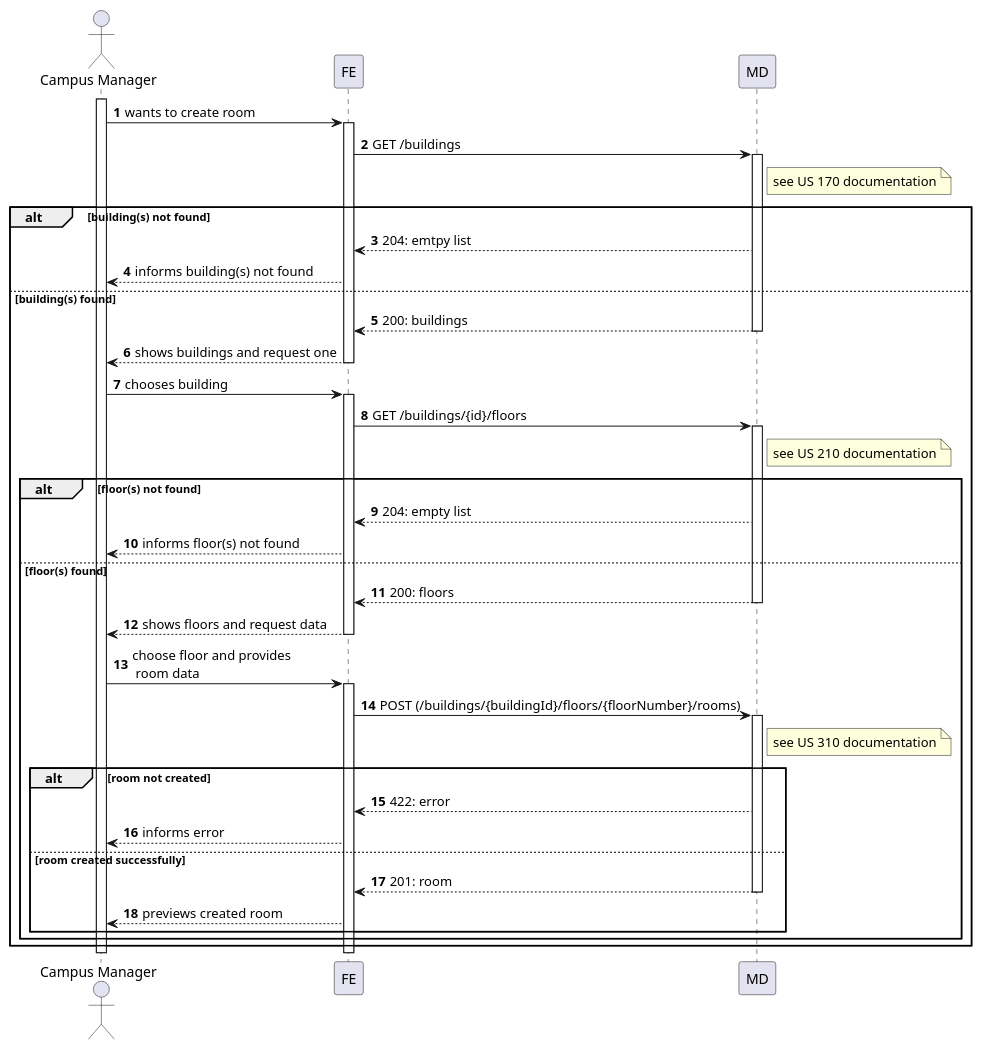
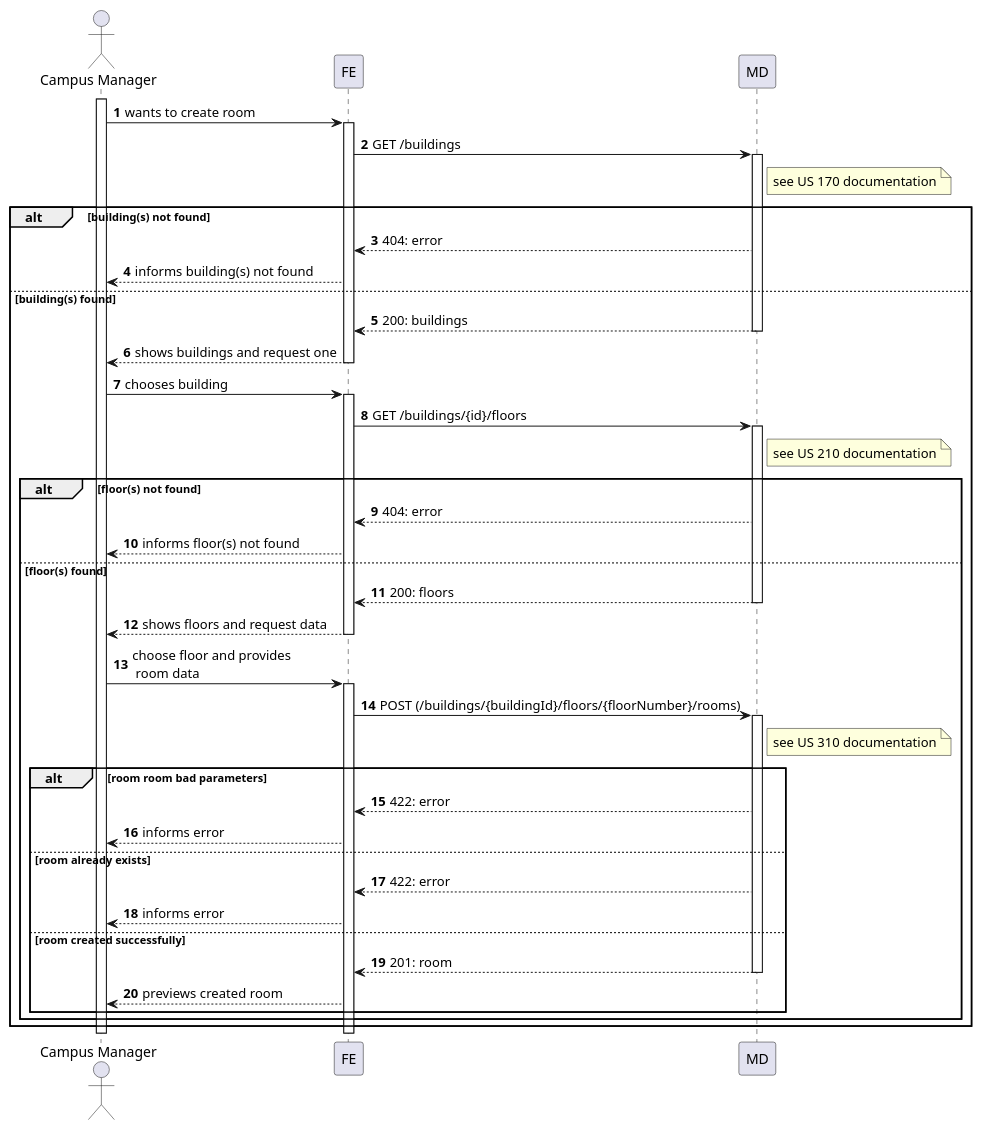
Before and after one commit to Departamento-de-Engenharia-Informatica/lapr5-23-24-g19: the diagram in docs/us1210/level2/process-view.puml, drawn with PlantUML. The commit also changed 4 other files, not shown here.

```diff
--- a/docs/us1210/level2/process-view.puml
+++ b/docs/us1210/level2/process-view.puml
@@ -1,62 +1,65 @@
 @startuml
 autonumber
 
 actor "Campus Manager" as usr
 
 participant "FE" as ui
 participant "MD" as md
 
 activate usr
     usr -> ui : wants to create room
     activate ui
         ui -> md : GET /buildings
         activate md
             note right of md : see US 170 documentation
 
         alt building(s) not found
-            md --> ui: 204: emtpy list
+            md --> ui: 404: error
             ui --> usr: informs building(s) not found
         else building(s) found
             md --> ui : 200: buildings
             deactivate md
 
         ui --> usr : shows buildings and request one
     deactivate ui
 
     usr -> ui : chooses building
     activate ui
         ui -> md : GET /buildings/{id}/floors
         activate md
             note right of md : see US 210 documentation
 
             alt floor(s) not found
-                md --> ui: 204: empty list
+                md --> ui: 404: error
                 ui --> usr: informs floor(s) not found
             else floor(s) found
                 md --> ui : 200: floors
                 deactivate md
 
         ui --> usr : shows floors and request data
     deactivate ui
 
     usr -> ui: choose floor and provides\n room data
     activate ui
         ui -> md : POST (/buildings/{buildingId}/floors/{floorNumber}/rooms)
         activate md
             note right of md : see US 310 documentation
 
-            alt room not created
+            alt room room bad parameters
                 md --> ui: 422: error
                 ui --> usr: informs error
+            else room already exists
+                 md --> ui: 422: error
+                 ui --> usr: informs error
             else room created successfully
                 md --> ui : 201: room
                 deactivate md
-        ui --> usr : previews created room
+                ui --> usr : previews created room
 
                 end
             end
         end
     deactivate ui
 deactivate usr
 
 @enduml
```
